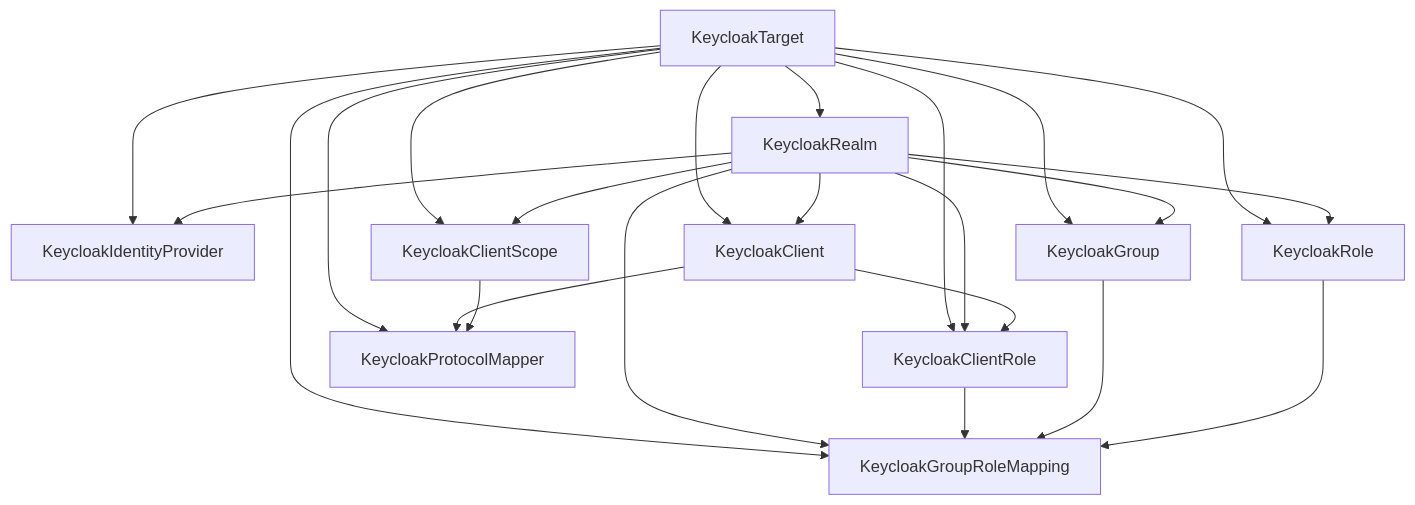
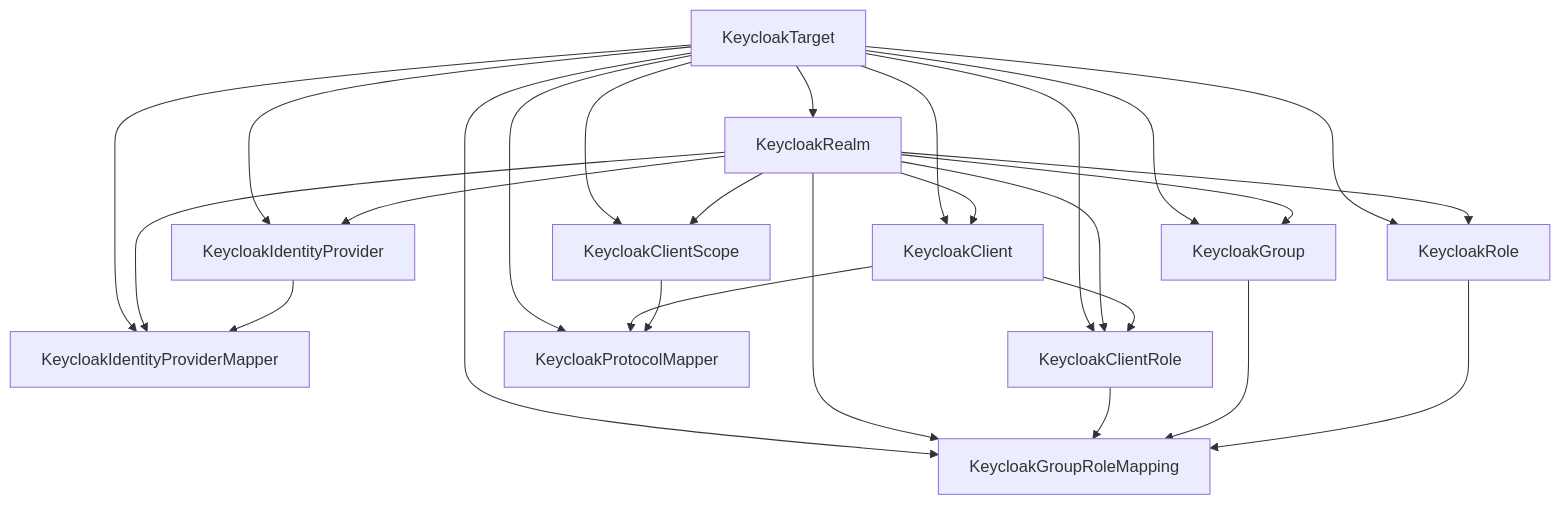
Before and after one commit to clouddicted/keycloak-config-operator: the diagram in docs/resources/index.md, drawn with Mermaid. The commit also changed other lines of this file and 21 other files, not shown here.

Commit message:
feat(idp): add identity provider mapper resource

````diff
--- a/docs/resources/index.md
+++ b/docs/resources/index.md
@@ -26,26 +26,29 @@
 ```mermaid
 flowchart TD
   target[KeycloakTarget] --> realm[KeycloakRealm]
   target --> idp[KeycloakIdentityProvider]
+  target --> idpMapper[KeycloakIdentityProviderMapper]
   target --> client[KeycloakClient]
   target --> clientRole[KeycloakClientRole]
   target --> group[KeycloakGroup]
   target --> groupRoleMapping[KeycloakGroupRoleMapping]
   target --> role[KeycloakRole]
   target --> scope[KeycloakClientScope]
   target --> mapper[KeycloakProtocolMapper]
 
   realm --> idp
+  realm --> idpMapper
   realm --> client
   realm --> clientRole
   realm --> group
   realm --> groupRoleMapping
   realm --> role
   realm --> scope
+  idp --> idpMapper
   client --> clientRole
   client --> mapper
   clientRole --> groupRoleMapping
   group --> groupRoleMapping
   role --> groupRoleMapping
   scope --> mapper
 ```
````
